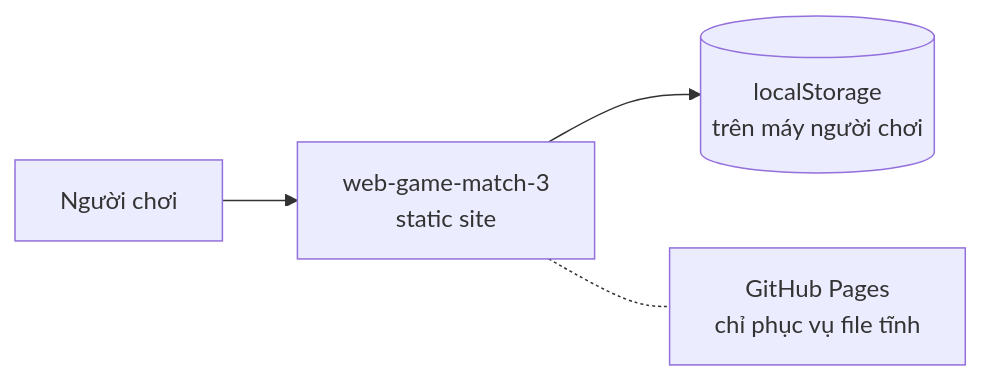
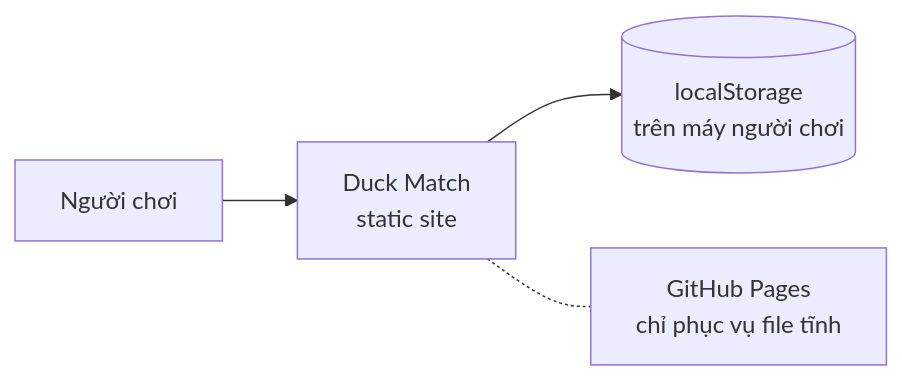
Before and after one commit to LeVanAnhDuc/web-game-duck-match: the first of 2 diagrams in docs/03-design/architecture.md, drawn with Mermaid. The commit also changed 12 other files, not shown here.

````diff
--- a/docs/03-design/architecture.md
+++ b/docs/03-design/architecture.md
@@ -24,6 +24,6 @@
 ```mermaid
 graph LR
-  User[Người chơi] --> App[web-game-match-3<br/>static site]
+  User[Người chơi] --> App[Duck Match<br/>static site]
   App --> LS[(localStorage<br/>trên máy người chơi)]
   App -.- Pages[GitHub Pages<br/>chỉ phục vụ file tĩnh]
 ```
````
